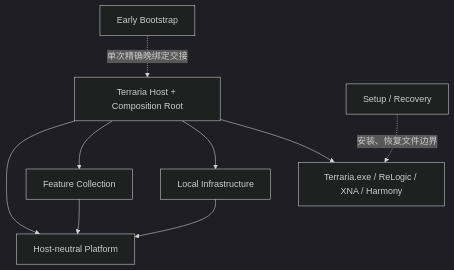
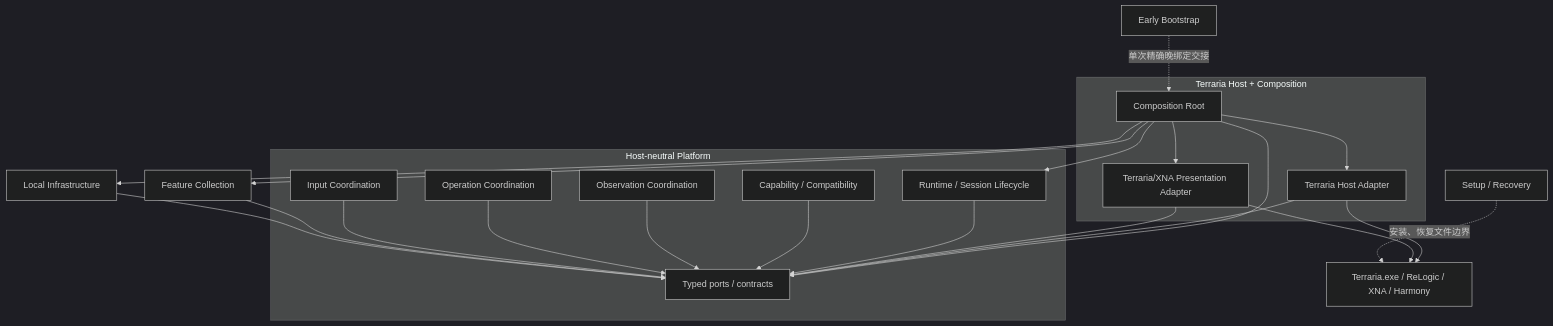
Before and after one commit to Kuroneko2020/JueMingR: the first of 3 diagrams in docs/设计/总体架构与状态所有权.md, drawn with Mermaid (dark theme). The commit also changed other lines of this file and 1 other file, not shown here.

Commit message:
docs: clarify composition and operation boundaries

````diff
--- a/docs/设计/总体架构与状态所有权.md
+++ b/docs/设计/总体架构与状态所有权.md
@@ -124,19 +125,43 @@
 ```mermaid
 flowchart TB
     Bootstrap[Early Bootstrap]
-    Host[Terraria Host + Composition Root]
-    Platform[Host-neutral Platform]
     Features[Feature Collection]
     Infra[Local Infrastructure]
     Setup[Setup / Recovery]
     Game[Terraria.exe / ReLogic / XNA / Harmony]
 
-    Bootstrap -. 单次精确晚绑定交接 .-> Host
-    Host --> Platform
-    Host --> Features
-    Host --> Infra
-    Features --> Platform
-    Infra --> Platform
+    subgraph HostProject[Terraria Host + Composition]
+        Root[Composition Root]
+        Host[Terraria Host Adapter]
+        PresentationHost[Terraria/XNA Presentation Adapter]
+    end
+
+    subgraph PlatformProject[Host-neutral Platform]
+        Contracts[Typed ports / contracts]
+        Lifecycle[Runtime / Session Lifecycle]
+        Capability[Capability / Compatibility]
+        Observation[Observation Coordination]
+        Operation[Operation Coordination]
+        Input[Input Coordination]
+    end
+
+    Bootstrap -. 单次精确晚绑定交接 .-> Root
+    Root --> Host
+    Root --> PresentationHost
+    Root --> Lifecycle
+    Root --> Contracts
+    Root --> Features
+    Root --> Infra
+    Host --> Contracts
+    PresentationHost --> Contracts
+    Lifecycle --> Contracts
+    Capability --> Contracts
+    Observation --> Contracts
+    Operation --> Contracts
+    Input --> Contracts
+    Features --> Contracts
+    Infra --> Contracts
     Host --> Game
+    PresentationHost --> Game
     Setup -. 安装、恢复文件边界 .-> Game
 ```
````
